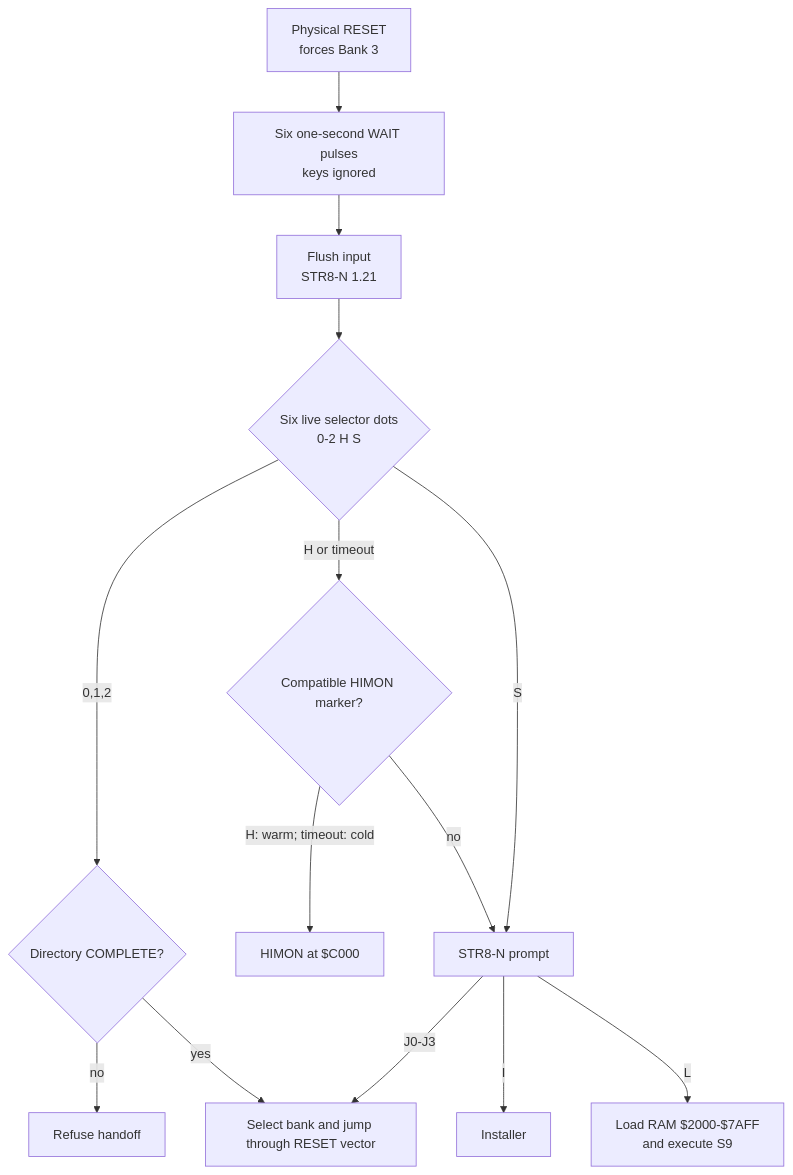
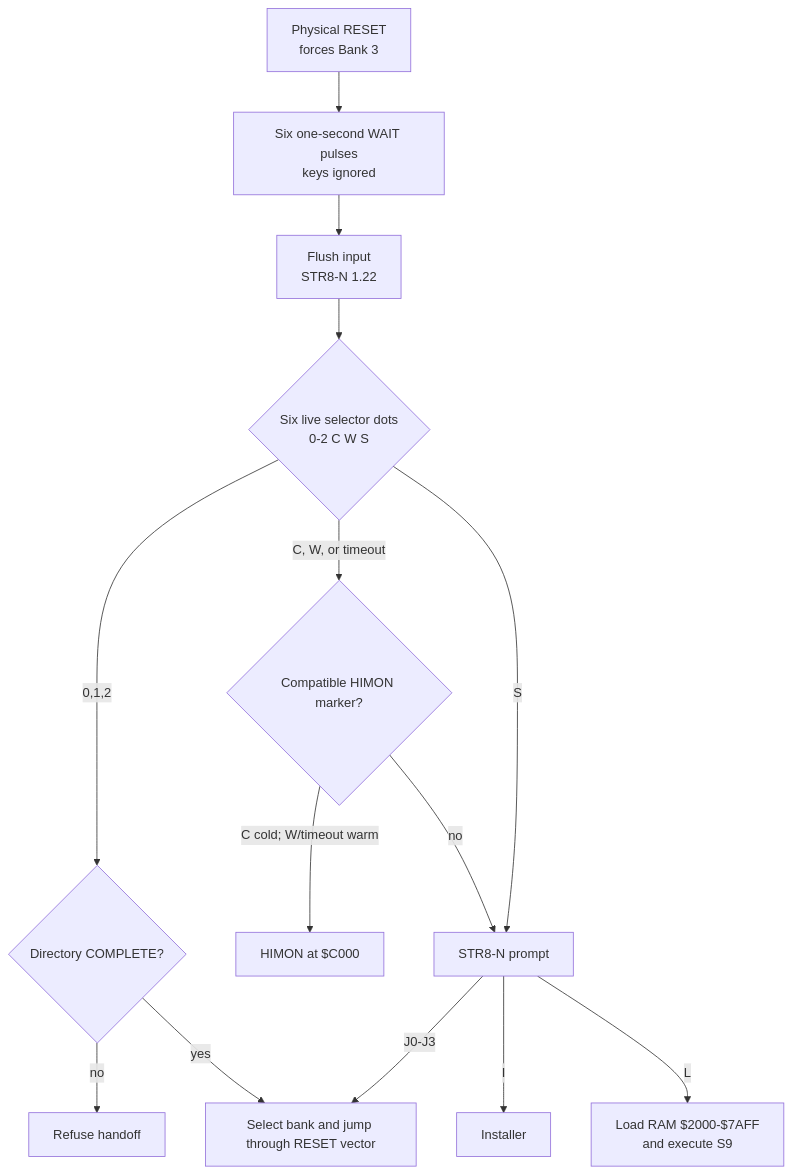
One commit to 95westus/STR8-N changed the fourth of 12 diagrams in docs/MAPS.md. Above: the diagram before and after it, drawn with Mermaid. The commit also changed other lines of this file and 30 other files, not shown here.

Commit message:
release: promote STR8-N v1.22 C/W selector

````diff
--- a/docs/MAPS.md
+++ b/docs/MAPS.md
@@ -86,16 +86,16 @@
 ```mermaid
 flowchart TD
     R[Physical RESET<br/>forces Bank 3] --> A[Six one-second WAIT pulses<br/>keys ignored]
-    A --> P[Flush input<br/>STR8-N 1.21]
-    P --> Q{Six live selector dots<br/>0-2 H S}
+    A --> P[Flush input<br/>STR8-N 1.22]
+    P --> Q{Six live selector dots<br/>0-2 C W S}
     Q -->|0,1,2| C{Directory COMPLETE?}
     C -->|no| F[Refuse handoff]
     C -->|yes| J[Select bank and jump through RESET vector]
-    Q -->|H or timeout| M{Compatible HIMON marker?}
-    M -->|H: warm; timeout: cold| H[HIMON at $C000]
+    Q -->|C, W, or timeout| M{Compatible HIMON marker?}
+    M -->|C cold; W/timeout warm| H[HIMON at $C000]
     M -->|no| S[STR8-N prompt]
     Q -->|S| S
     S -->|J0-J3| J
     S -->|I| I[Installer]
     S -->|L| L[Load RAM $2000-$7AFF<br/>and execute S9]
 ```
````
